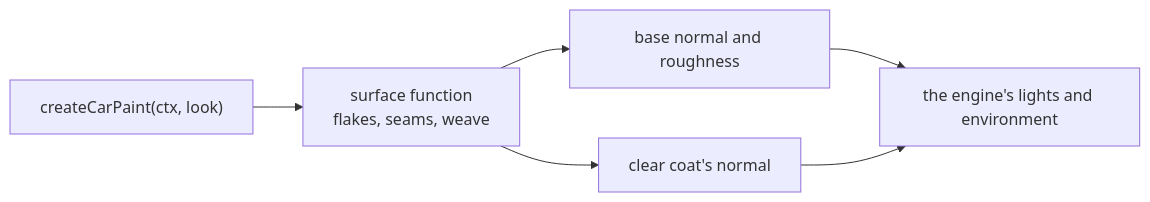
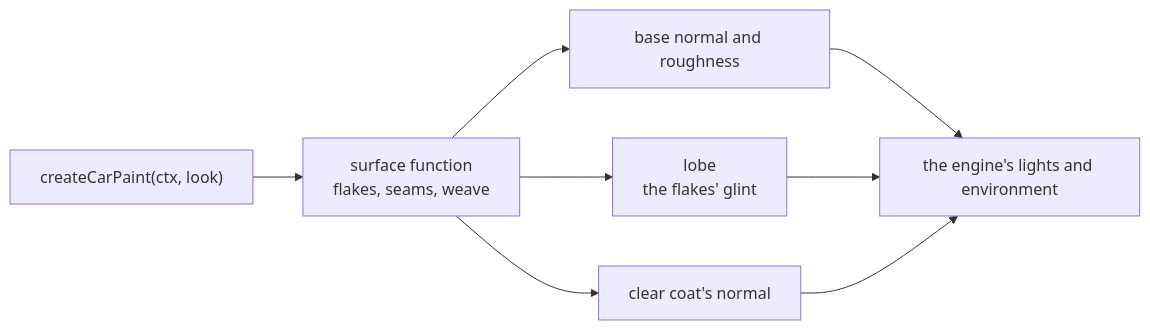
The diagram in docs/guides/car-paint.md (null3d-engine/null3d), drawn with Mermaid before and after one commit. The commit also changed other lines of this file and 8 other files, not shown here.

````diff
--- a/docs/guides/car-paint.md
+++ b/docs/guides/car-paint.md
@@ -17,8 +17,10 @@
 ```mermaid
 flowchart LR
     look["createCarPaint(ctx, look)"] --> shader["surface function<br/>flakes, seams, weave"]
     shader --> base["base normal and roughness"]
+    shader --> lobe["lobe<br/>the flakes' glint"]
     shader --> coat["clear coat's normal"]
     base --> light["the engine's lights and environment"]
+    lobe --> light
     coat --> light
 ```
````
